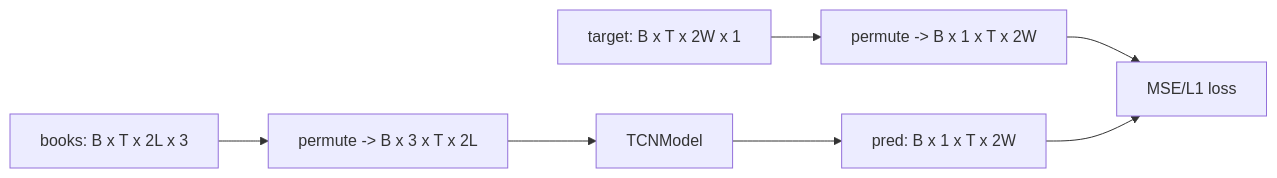
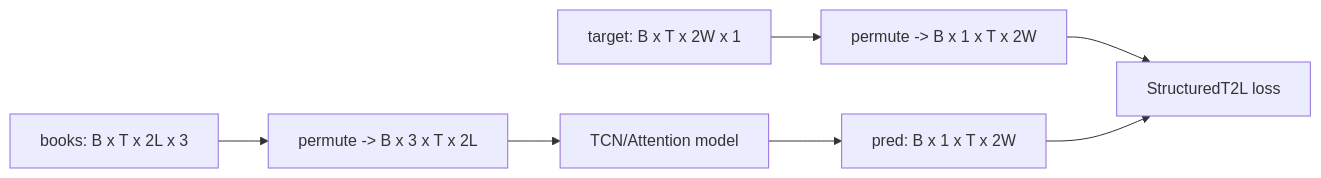
The second of 2 diagrams in docs/architecture/prediction-targets.md (gQuantCoder/deep_orderbook), drawn with Mermaid before and after one commit. The commit also changed other lines of this file and 10 other files, not shown here.

Commit message:
train: add structured TTL field loss and refresh architecture docs

````diff
--- a/docs/architecture/prediction-targets.md
+++ b/docs/architecture/prediction-targets.md
@@ -42,9 +36,9 @@
 ```mermaid
 flowchart LR
   A[books: B x T x 2L x 3] --> B[permute -> B x 3 x T x 2L]
   C[target: B x T x 2W x 1] --> D[permute -> B x 1 x T x 2W]
-  B --> E[TCNModel]
+  B --> E[TCN/Attention model]
   E --> F[pred: B x 1 x T x 2W]
-  D --> G[MSE/L1 loss]
+  D --> G[StructuredT2L loss]
   F --> G
 ```
````
